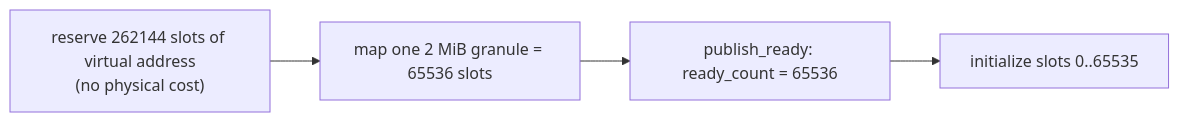
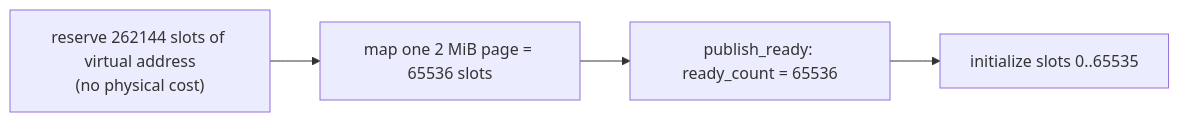
The first of 3 diagrams in docs/tutorial.md (ooctipus/gpu-components-docs), drawn with Mermaid before and after one commit. The commit also changed other lines of this file and 11 other files, not shown here.

First line of the commit message:
Rework the overview, add Alternatives and a reset walkthrough, rename granule to page

````diff
--- a/docs/tutorial.md
+++ b/docs/tutorial.md
@@ -36,6 +36,6 @@
 ```mermaid
 flowchart LR
-    R["reserve 262144 slots of virtual address<br/>(no physical cost)"] --> M["map one 2 MiB granule = 65536 slots"]
+    R["reserve 262144 slots of virtual address<br/>(no physical cost)"] --> M["map one 2 MiB page = 65536 slots"]
     M --> P["publish_ready: ready_count = 65536"]
     P --> I["initialize slots 0..65535"]
 ```
````
